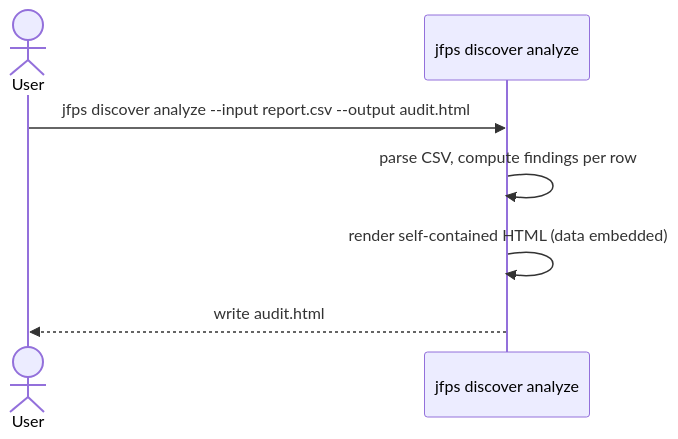
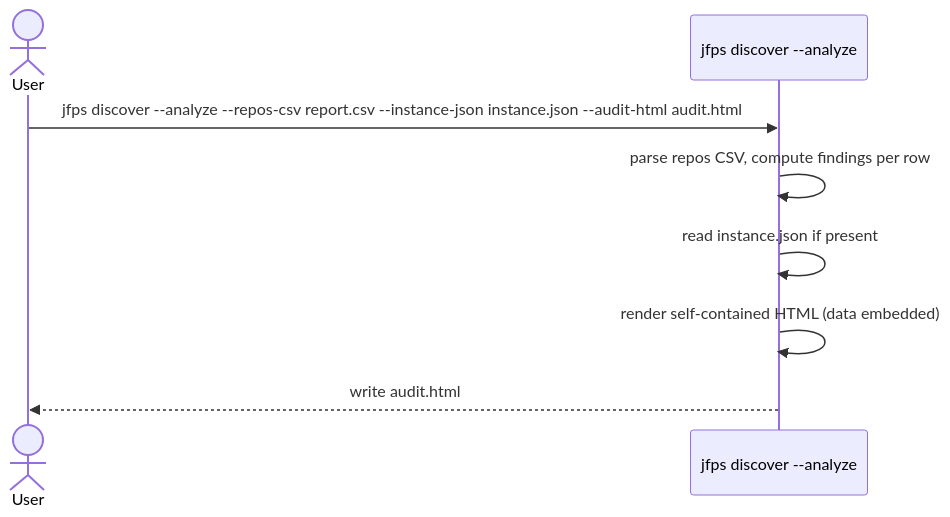
Before and after one commit to ps-jfrog/jfrog-ps-cli: the fourth of 4 diagrams in docs/discover.md, drawn with Mermaid. The commit also changed other lines of this file and 28 other files, not shown here.

````diff
--- a/docs/discover.md
+++ b/docs/discover.md
@@ -199,10 +269,11 @@
 ```mermaid
 sequenceDiagram
     actor User
-    participant CLI as jfps discover analyze
+    participant CLI as jfps discover --analyze
 
-    User->>CLI: jfps discover analyze --input report.csv --output audit.html
-    CLI->>CLI: parse CSV, compute findings per row
+    User->>CLI: jfps discover --analyze --repos-csv report.csv --instance-json instance.json --audit-html audit.html
+    CLI->>CLI: parse repos CSV, compute findings per row
+    CLI->>CLI: read instance.json if present
     CLI->>CLI: render self-contained HTML (data embedded)
     CLI-->>User: write audit.html
 ```
````
